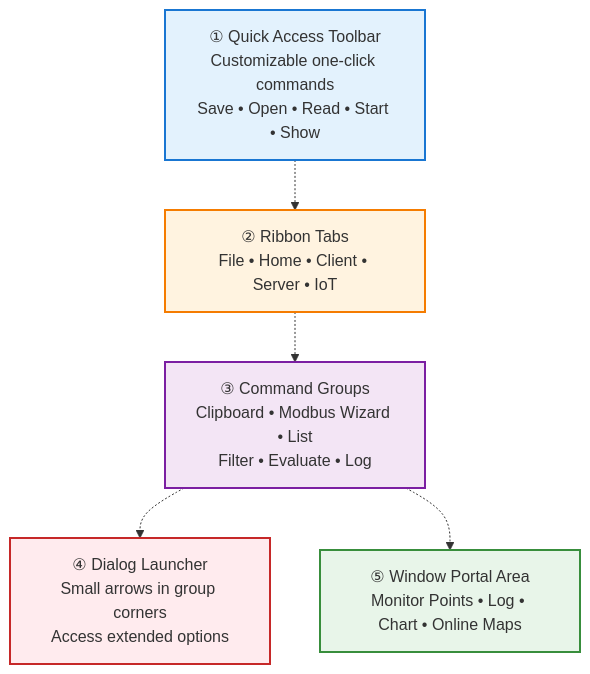
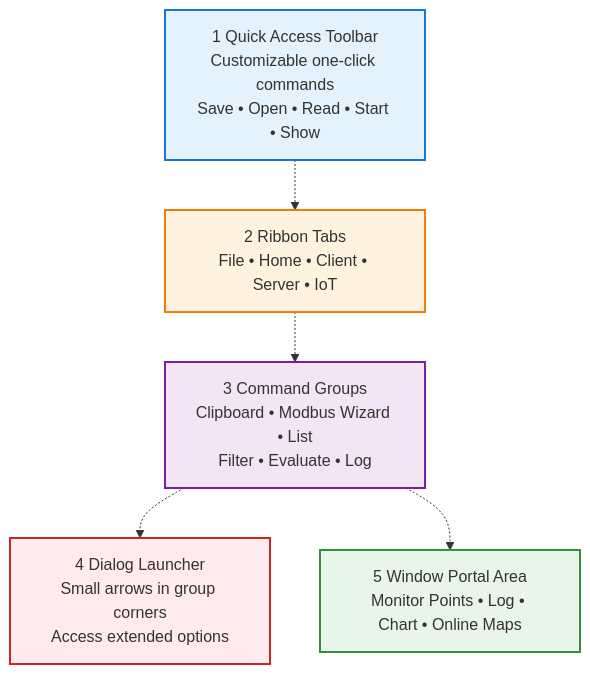
Before and after one commit to Modbus-Monitor/docs: the first of 10 diagrams in docs/products/xpf/user-guide.md, drawn with Mermaid. The commit also changed other lines of this file and 2 other files, not shown here.

Commit message:
updated log group

````diff
--- a/docs/products/xpf/user-guide.md
+++ b/docs/products/xpf/user-guide.md
@@ -508,19 +508,19 @@
 ```mermaid
 graph TB
-    QAT["① Quick Access Toolbar<br/>Customizable one-click commands<br/>Save • Open • Read • Start • Show"]
-    TABS["② Ribbon Tabs<br/>File • Home • Client • Server • IoT"]
-    GROUPS["③ Command Groups<br/>Clipboard • Modbus Wizard • List<br/>Filter • Evaluate • Log"]
-    LAUNCHER["④ Dialog Launcher<br/>Small arrows in group corners<br/>Access extended options"]
-    PORTAL["⑤ Window Portal Area<br/>Monitor Points • Log • Chart • Online Maps"]
+    QAT["1 Quick Access Toolbar<br/>Customizable one-click commands<br/>Save • Open • Read • Start • Show"]
+    TABS["2 Ribbon Tabs<br/>File • Home • Client • Server • IoT"]
+    GROUPS["3 Command Groups<br/>Clipboard • Modbus Wizard • List<br/>Filter • Evaluate • Log"]
+    LAUNCHER["4 Dialog Launcher<br/>Small arrows in group corners<br/>Access extended options"]
+    PORTAL["5 Window Portal Area<br/>Monitor Points • Log • Chart • Online Maps"]
     
     QAT -.-> TABS
     TABS -.-> GROUPS
     GROUPS -.-> LAUNCHER
     GROUPS -.-> PORTAL
     
     style QAT fill:#e3f2fd,stroke:#1976d2,stroke-width:2px
     style TABS fill:#fff3e0,stroke:#f57c00,stroke-width:2px
     style GROUPS fill:#f3e5f5,stroke:#7b1fa2,stroke-width:2px
     style LAUNCHER fill:#ffebee,stroke:#c62828,stroke-width:2px
     style PORTAL fill:#e8f5e9,stroke:#388e3c,stroke-width:2px
 ```
````
